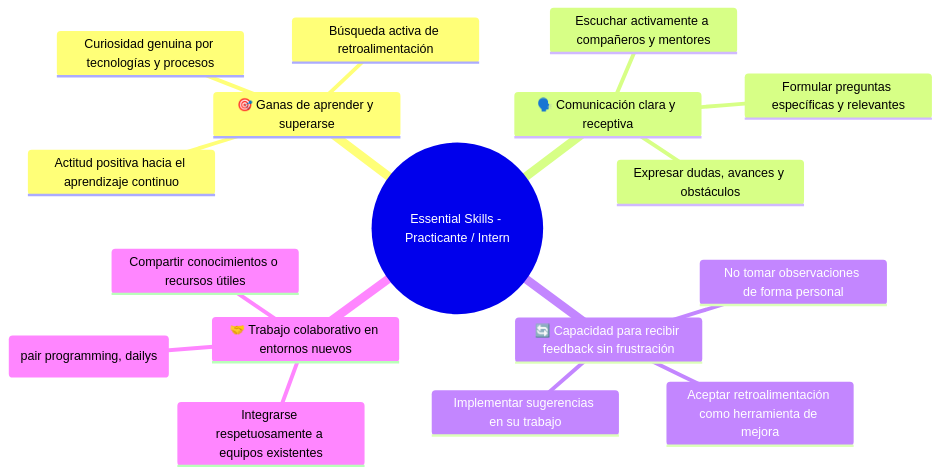
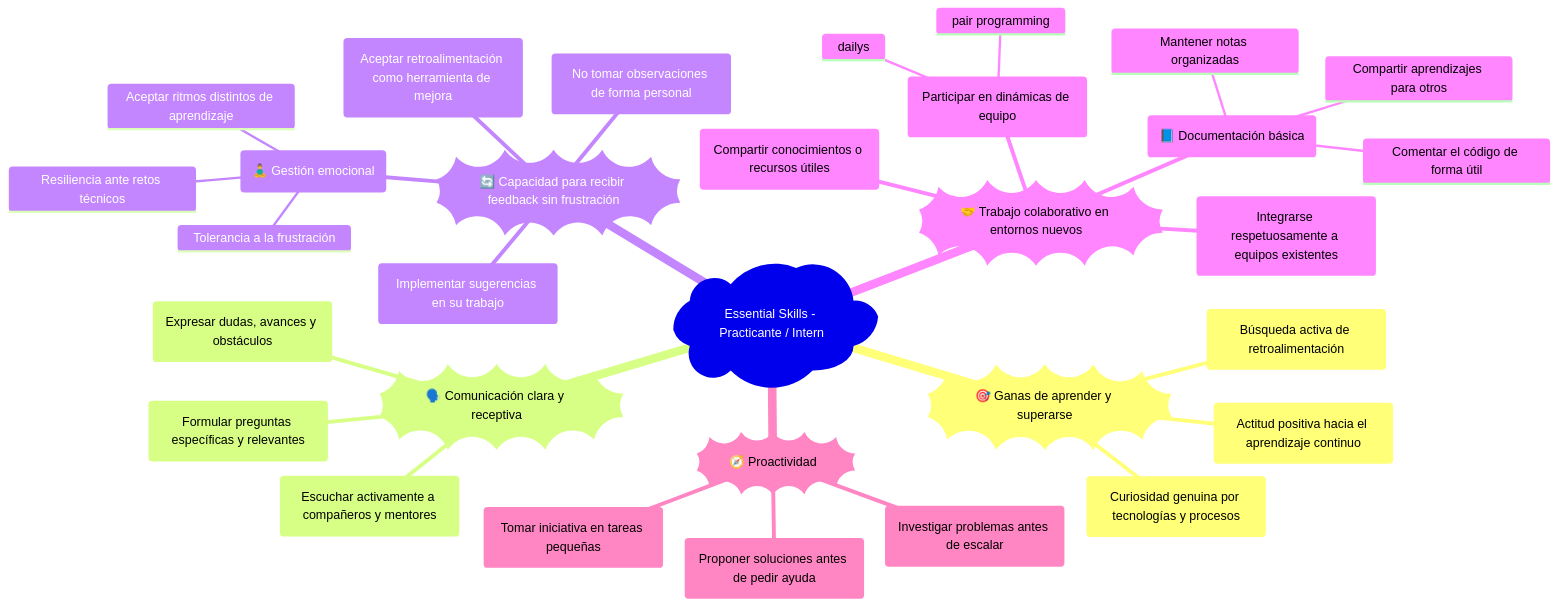
Before and after one commit to EdgarRangelInnovate/EdgarRangelInnovate: the fourth of 5 diagrams in knowledge/tech/intern.md, drawn with Mermaid. The commit also changed other lines of this file and 5 other files, not shown here.

Commit message:
Enhance junior developer skills documentation with detailed programming concepts, design patterns, and software architectures. Added sections on POO, Factory, and Singleton patterns, along with practical examples and mind maps for better understanding.

`````diff
--- a/knowledge/tech/intern.md
+++ b/knowledge/tech/intern.md
@@ -993,20 +1020,34 @@
-````mermaid
+```mermaid
 mindmap
-  root((Essential Skills - Practicante / Intern))
-    🎯 Ganas de aprender y superarse
-      Actitud positiva hacia el aprendizaje continuo
-      Curiosidad genuina por tecnologías y procesos
-      Búsqueda activa de retroalimentación
-    🗣️ Comunicación clara y receptiva
-      Expresar dudas, avances y obstáculos
-      Escuchar activamente a compañeros y mentores
-      Formular preguntas específicas y relevantes
-    🔄 Capacidad para recibir feedback sin frustración
-      Aceptar retroalimentación como herramienta de mejora
-      No tomar observaciones de forma personal
-      Implementar sugerencias en su trabajo
-    🤝 Trabajo colaborativo en entornos nuevos
-      Integrarse respetuosamente a equipos existentes
-      Participar en dinámicas de equipo (pair programming, dailys)
-      Compartir conocimientos o recursos útiles
-````
+  root(Essential Skills - Practicante / Intern))
+    ))🎯 Ganas de aprender y superarse((
+      (Actitud positiva hacia el aprendizaje continuo)
+      (Curiosidad genuina por tecnologías y procesos)
+      (Búsqueda activa de retroalimentación)
+    ))🗣️ Comunicación clara y receptiva((
+      (Expresar dudas, avances y obstáculos)
+      (Escuchar activamente a compañeros y mentores)
+      (Formular preguntas específicas y relevantes)
+    ))🔄 Capacidad para recibir feedback sin frustración((
+      (Aceptar retroalimentación como herramienta de mejora)
+      (No tomar observaciones de forma personal)
+      (Implementar sugerencias en su trabajo)
+      (🧘‍♂️ Gestión emocional)
+        Tolerancia a la frustración
+        Resiliencia ante retos técnicos
+        Aceptar ritmos distintos de aprendizaje
+    ))🤝 Trabajo colaborativo en entornos nuevos((
+      (Integrarse respetuosamente a equipos existentes)
+      (Compartir conocimientos o recursos útiles)
+      (Participar en dinámicas de equipo)
+        pair programming
+        dailys
+      (📘 Documentación básica)
+        Mantener notas organizadas
+        Comentar el código de forma útil
+        Compartir aprendizajes para otros
+    ))🧭 Proactividad((
+      (Tomar iniciativa en tareas pequeñas)
+      (Proponer soluciones antes de pedir ayuda)
+      (Investigar problemas antes de escalar)
+```
`````
